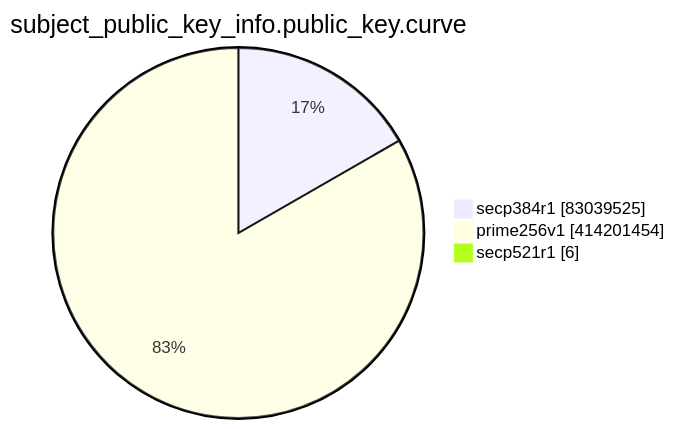
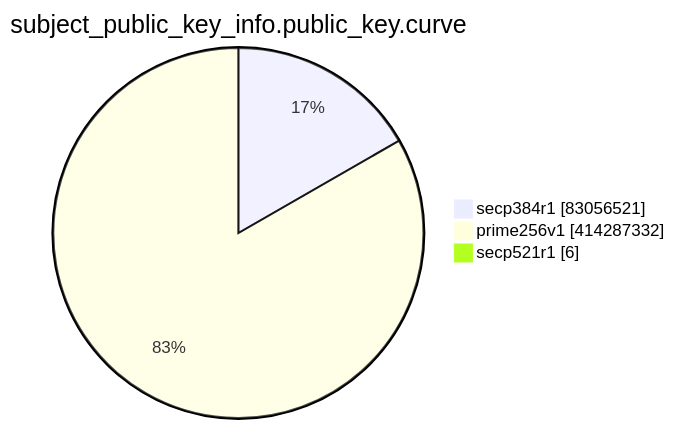
One commit to christiankrug/ctmonitor_visualization changed the eighth of 15 diagrams in TOTAL/README.md. Above: the diagram before and after it, drawn with Mermaid. The commit also changed other lines of this file, not shown here.

````diff
--- a/TOTAL/README.md
+++ b/TOTAL/README.md
@@ -3098,7 +3098,7 @@
 ```mermaid
 pie showData
 title subject_public_key_info.public_key.curve
-"secp384r1" :83039525
-"prime256v1" :414201454
+"secp384r1" :83056521
+"prime256v1" :414287332
 "secp521r1" :6
 ```
````
